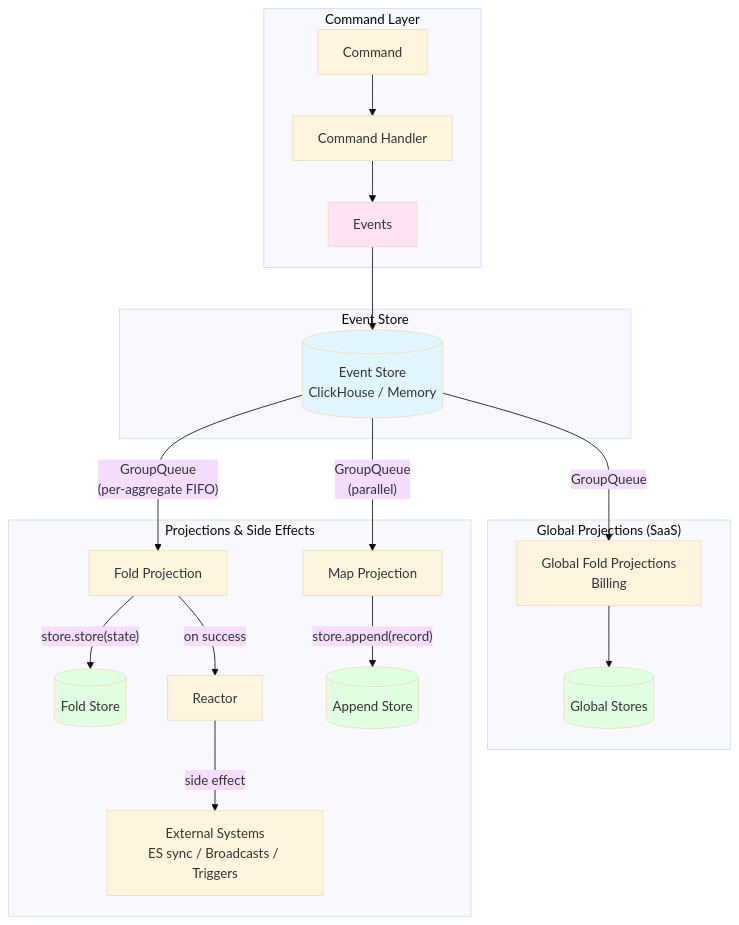
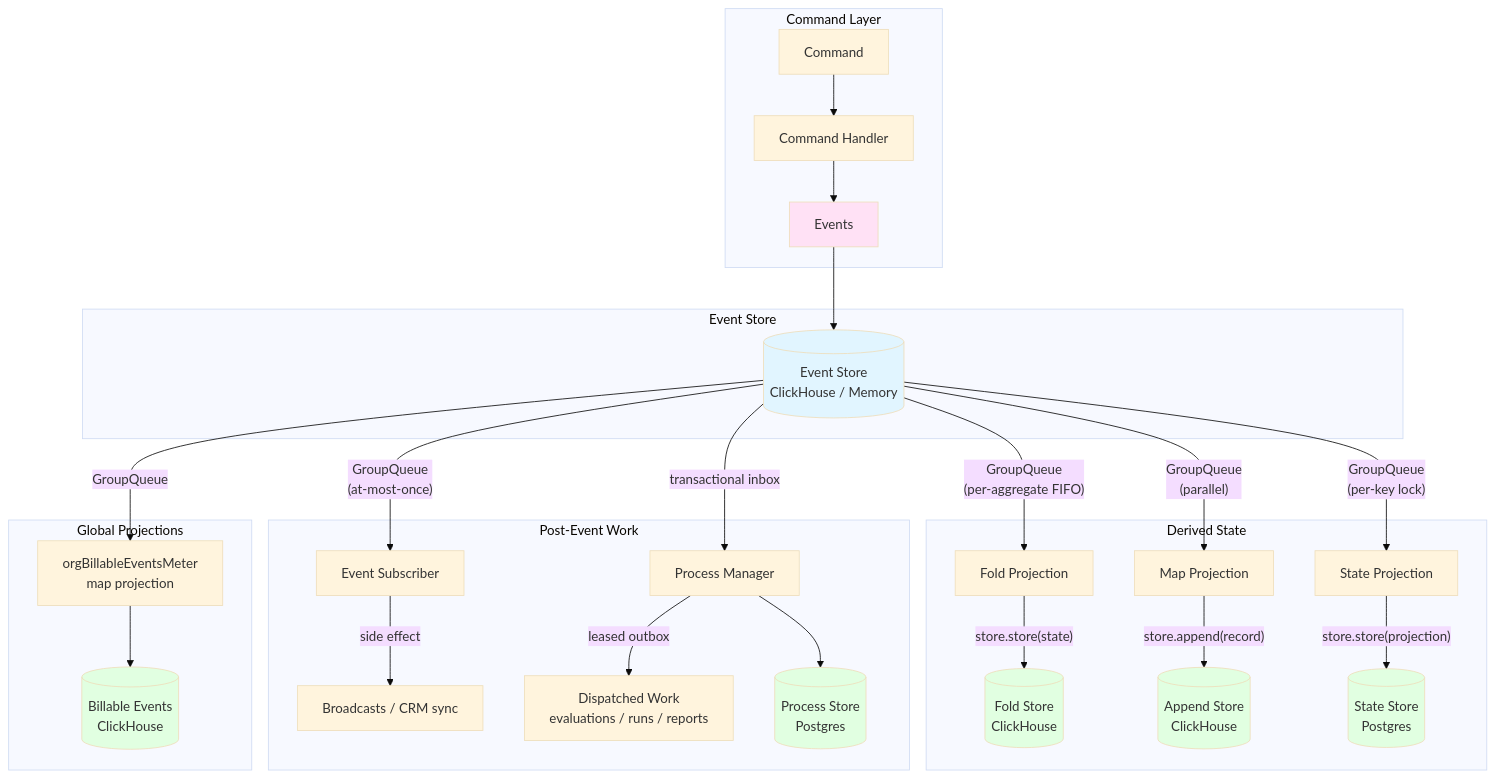
The diagram in platform/app/src/server/event-sourcing/ARCHITECTURE.md (langwatch/langwatch), drawn with Mermaid (base theme) before and after one commit. The commit also changed other lines of this file and 592 other files, not shown here.

First line of the commit message:
refactor(event-sourcing): retire reactors for subscribers and process managers

````diff
--- a/platform/app/src/server/event-sourcing/ARCHITECTURE.md
+++ b/platform/app/src/server/event-sourcing/ARCHITECTURE.md
@@ -84,31 +112,41 @@
 ```mermaid
 graph TB
     subgraph "Command Layer"
         CMD[Command] --> CH[Command Handler]
         CH --> EVT[Events]
     end
 
     subgraph "Event Store"
         EVT --> ES[(Event Store<br/>ClickHouse / Memory)]
     end
 
-    subgraph "Projections & Side Effects"
+    subgraph "Derived State"
         ES --> |"GroupQueue<br/>(per-aggregate FIFO)"| FP[Fold Projection]
         ES --> |"GroupQueue<br/>(parallel)"| MP[Map Projection]
-        FP --> |"store.store(state)"| FS[(Fold Store)]
-        MP --> |"store.append(record)"| AS[(Append Store)]
-        FP --> |"on success"| R[Reactor]
-        R --> |"side effect"| EXT[External Systems<br/>ES sync / Broadcasts / Triggers]
+        ES --> |"GroupQueue<br/>(per-key lock)"| SP[State Projection]
+        FP --> |"store.store(state)"| FS[(Fold Store<br/>ClickHouse)]
+        MP --> |"store.append(record)"| AS[(Append Store<br/>ClickHouse)]
+        SP --> |"store.store(projection)"| PS[(State Store<br/>Postgres)]
     end
 
-    subgraph "Global Projections (SaaS)"
-        ES --> |"GroupQueue"| GP[Global Fold Projections<br/>Billing]
-        GP --> GPS[(Global Stores)]
+    subgraph "Post-Event Work"
+        ES --> |"GroupQueue<br/>(at-most-once)"| SUB[Event Subscriber]
+        ES --> |"transactional inbox"| PM[Process Manager]
+        SUB --> |"side effect"| EXT[Broadcasts / CRM sync]
+        PM --> |"leased outbox"| OUT[Dispatched Work<br/>evaluations / runs / reports]
+        PM --> PMS[(Process Store<br/>Postgres)]
+    end
+
+    subgraph "Global Projections"
+        ES --> |"GroupQueue"| GP[orgBillableEventsMeter<br/>map projection]
+        GP --> GPS[(Billable Events<br/>ClickHouse)]
     end
 
     style ES fill:#e1f5ff
     style FS fill:#e1ffe1
     style AS fill:#e1ffe1
+    style PS fill:#e1ffe1
+    style PMS fill:#e1ffe1
     style GPS fill:#e1ffe1
     style EVT fill:#ffe1f5
 ```
````
